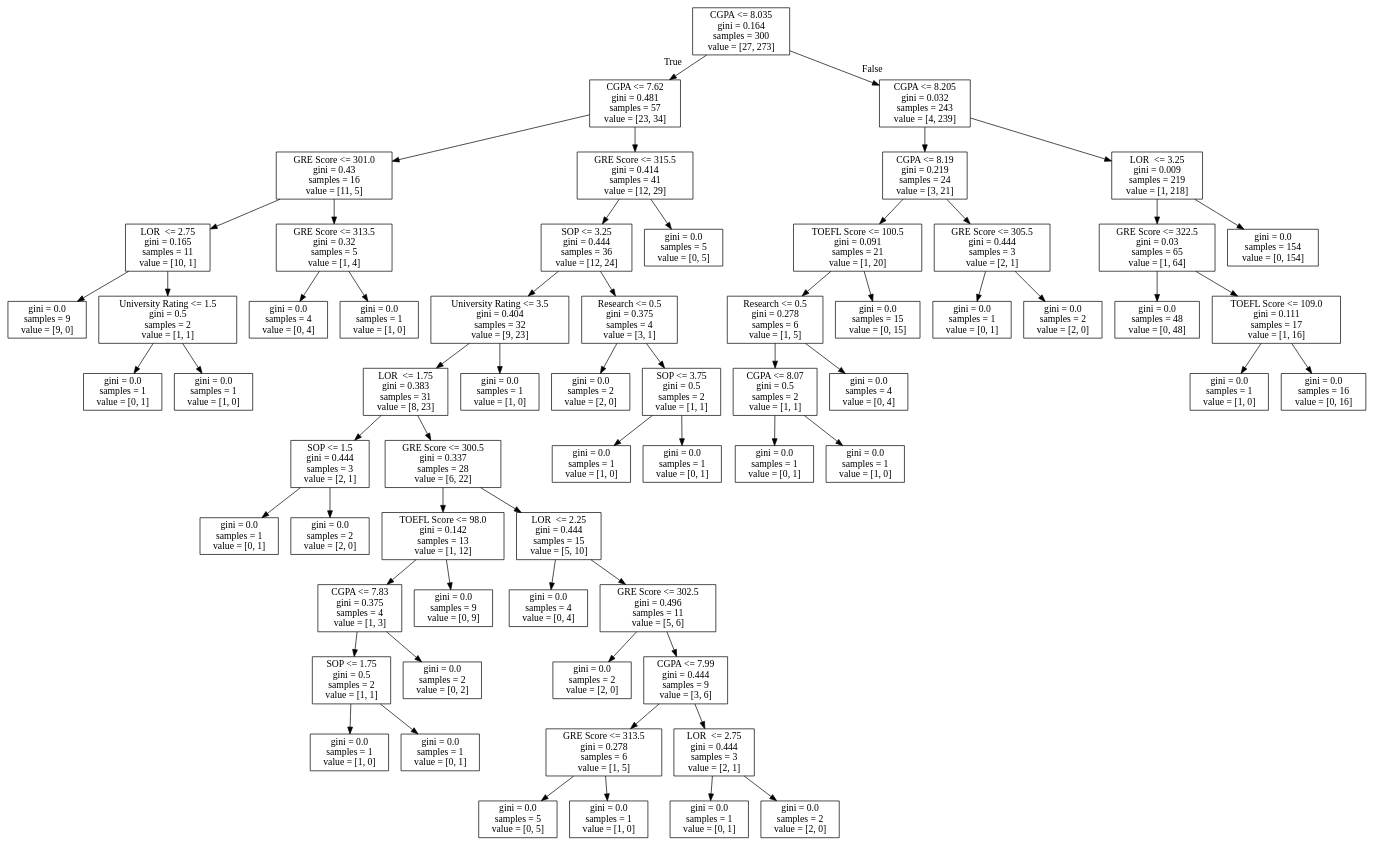
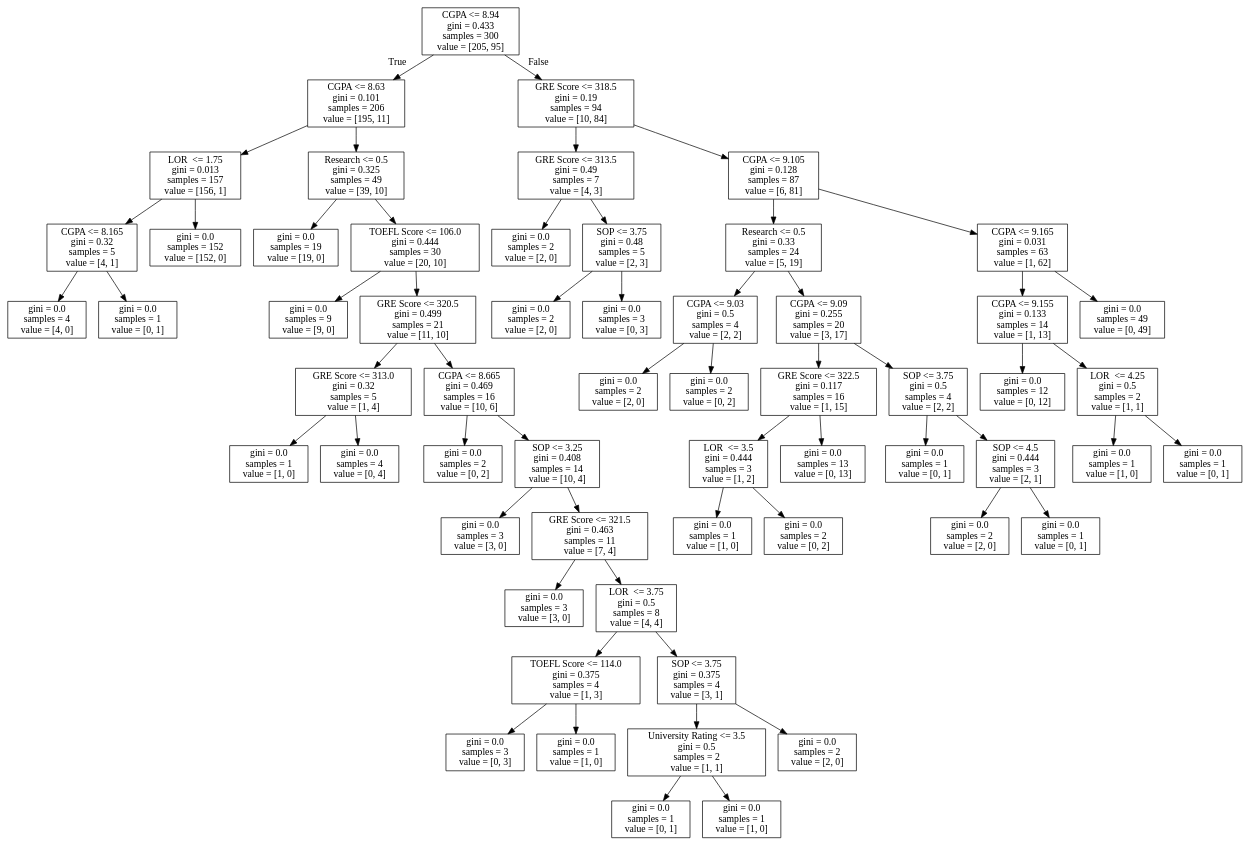
The diagram in tree.dot (OscarXZQ/BaggingTutorial), drawn with Graphviz before and after one commit. The commit also changed 1 other file, not shown here.

```diff
--- a/tree.dot
+++ b/tree.dot
@@ -1,128 +1,120 @@
 digraph Tree {
 node [shape=box] ;
-0 [label="CGPA <= 8.035\ngini = 0.164\nsamples = 300\nvalue = [27, 273]"] ;
-1 [label="CGPA <= 7.62\ngini = 0.481\nsamples = 57\nvalue = [23, 34]"] ;
+0 [label="CGPA <= 8.94\ngini = 0.433\nsamples = 300\nvalue = [205, 95]"] ;
+1 [label="CGPA <= 8.63\ngini = 0.101\nsamples = 206\nvalue = [195, 11]"] ;
 0 -> 1 [labeldistance=2.5, labelangle=45, headlabel="True"] ;
-2 [label="GRE Score <= 301.0\ngini = 0.43\nsamples = 16\nvalue = [11, 5]"] ;
+2 [label="LOR  <= 1.75\ngini = 0.013\nsamples = 157\nvalue = [156, 1]"] ;
 1 -> 2 ;
-3 [label="LOR  <= 2.75\ngini = 0.165\nsamples = 11\nvalue = [10, 1]"] ;
+3 [label="CGPA <= 8.165\ngini = 0.32\nsamples = 5\nvalue = [4, 1]"] ;
 2 -> 3 ;
-4 [label="gini = 0.0\nsamples = 9\nvalue = [9, 0]"] ;
+4 [label="gini = 0.0\nsamples = 4\nvalue = [4, 0]"] ;
 3 -> 4 ;
-5 [label="University Rating <= 1.5\ngini = 0.5\nsamples = 2\nvalue = [1, 1]"] ;
+5 [label="gini = 0.0\nsamples = 1\nvalue = [0, 1]"] ;
 3 -> 5 ;
-6 [label="gini = 0.0\nsamples = 1\nvalue = [0, 1]"] ;
-5 -> 6 ;
-7 [label="gini = 0.0\nsamples = 1\nvalue = [1, 0]"] ;
-5 -> 7 ;
-8 [label="GRE Score <= 313.5\ngini = 0.32\nsamples = 5\nvalue = [1, 4]"] ;
-2 -> 8 ;
-9 [label="gini = 0.0\nsamples = 4\nvalue = [0, 4]"] ;
-8 -> 9 ;
-10 [label="gini = 0.0\nsamples = 1\nvalue = [1, 0]"] ;
-8 -> 10 ;
-11 [label="GRE Score <= 315.5\ngini = 0.414\nsamples = 41\nvalue = [12, 29]"] ;
-1 -> 11 ;
-12 [label="SOP <= 3.25\ngini = 0.444\nsamples = 36\nvalue = [12, 24]"] ;
+6 [label="gini = 0.0\nsamples = 152\nvalue = [152, 0]"] ;
+2 -> 6 ;
+7 [label="Research <= 0.5\ngini = 0.325\nsamples = 49\nvalue = [39, 10]"] ;
+1 -> 7 ;
+8 [label="gini = 0.0\nsamples = 19\nvalue = [19, 0]"] ;
+7 -> 8 ;
+9 [label="TOEFL Score <= 106.0\ngini = 0.444\nsamples = 30\nvalue = [20, 10]"] ;
+7 -> 9 ;
+10 [label="gini = 0.0\nsamples = 9\nvalue = [9, 0]"] ;
+9 -> 10 ;
+11 [label="GRE Score <= 320.5\ngini = 0.499\nsamples = 21\nvalue = [11, 10]"] ;
+9 -> 11 ;
+12 [label="GRE Score <= 313.0\ngini = 0.32\nsamples = 5\nvalue = [1, 4]"] ;
 11 -> 12 ;
-13 [label="University Rating <= 3.5\ngini = 0.404\nsamples = 32\nvalue = [9, 23]"] ;
+13 [label="gini = 0.0\nsamples = 1\nvalue = [1, 0]"] ;
 12 -> 13 ;
-14 [label="LOR  <= 1.75\ngini = 0.383\nsamples = 31\nvalue = [8, 23]"] ;
-13 -> 14 ;
-15 [label="SOP <= 1.5\ngini = 0.444\nsamples = 3\nvalue = [2, 1]"] ;
-14 -> 15 ;
-16 [label="gini = 0.0\nsamples = 1\nvalue = [0, 1]"] ;
+14 [label="gini = 0.0\nsamples = 4\nvalue = [0, 4]"] ;
+12 -> 14 ;
+15 [label="CGPA <= 8.665\ngini = 0.469\nsamples = 16\nvalue = [10, 6]"] ;
+11 -> 15 ;
+16 [label="gini = 0.0\nsamples = 2\nvalue = [0, 2]"] ;
 15 -> 16 ;
-17 [label="gini = 0.0\nsamples = 2\nvalue = [2, 0]"] ;
+17 [label="SOP <= 3.25\ngini = 0.408\nsamples = 14\nvalue = [10, 4]"] ;
 15 -> 17 ;
-18 [label="GRE Score <= 300.5\ngini = 0.337\nsamples = 28\nvalue = [6, 22]"] ;
-14 -> 18 ;
-19 [label="TOEFL Score <= 98.0\ngini = 0.142\nsamples = 13\nvalue = [1, 12]"] ;
-18 -> 19 ;
-20 [label="CGPA <= 7.83\ngini = 0.375\nsamples = 4\nvalue = [1, 3]"] ;
+18 [label="gini = 0.0\nsamples = 3\nvalue = [3, 0]"] ;
+17 -> 18 ;
+19 [label="GRE Score <= 321.5\ngini = 0.463\nsamples = 11\nvalue = [7, 4]"] ;
+17 -> 19 ;
+20 [label="gini = 0.0\nsamples = 3\nvalue = [3, 0]"] ;
 19 -> 20 ;
-21 [label="SOP <= 1.75\ngini = 0.5\nsamples = 2\nvalue = [1, 1]"] ;
-20 -> 21 ;
-22 [label="gini = 0.0\nsamples = 1\nvalue = [1, 0]"] ;
+21 [label="LOR  <= 3.75\ngini = 0.5\nsamples = 8\nvalue = [4, 4]"] ;
+19 -> 21 ;
+22 [label="TOEFL Score <= 114.0\ngini = 0.375\nsamples = 4\nvalue = [1, 3]"] ;
 21 -> 22 ;
-23 [label="gini = 0.0\nsamples = 1\nvalue = [0, 1]"] ;
-21 -> 23 ;
-24 [label="gini = 0.0\nsamples = 2\nvalue = [0, 2]"] ;
-20 -> 24 ;
-25 [label="gini = 0.0\nsamples = 9\nvalue = [0, 9]"] ;
-19 -> 25 ;
-26 [label="LOR  <= 2.25\ngini = 0.444\nsamples = 15\nvalue = [5, 10]"] ;
-18 -> 26 ;
-27 [label="gini = 0.0\nsamples = 4\nvalue = [0, 4]"] ;
+23 [label="gini = 0.0\nsamples = 3\nvalue = [0, 3]"] ;
+22 -> 23 ;
+24 [label="gini = 0.0\nsamples = 1\nvalue = [1, 0]"] ;
+22 -> 24 ;
+25 [label="SOP <= 3.75\ngini = 0.375\nsamples = 4\nvalue = [3, 1]"] ;
+21 -> 25 ;
+26 [label="University Rating <= 3.5\ngini = 0.5\nsamples = 2\nvalue = [1, 1]"] ;
+25 -> 26 ;
+27 [label="gini = 0.0\nsamples = 1\nvalue = [0, 1]"] ;
 26 -> 27 ;
-28 [label="GRE Score <= 302.5\ngini = 0.496\nsamples = 11\nvalue = [5, 6]"] ;
+28 [label="gini = 0.0\nsamples = 1\nvalue = [1, 0]"] ;
 26 -> 28 ;
 29 [label="gini = 0.0\nsamples = 2\nvalue = [2, 0]"] ;
-28 -> 29 ;
-30 [label="CGPA <= 7.99\ngini = 0.444\nsamples = 9\nvalue = [3, 6]"] ;
-28 -> 30 ;
-31 [label="GRE Score <= 313.5\ngini = 0.278\nsamples = 6\nvalue = [1, 5]"] ;
+25 -> 29 ;
+30 [label="GRE Score <= 318.5\ngini = 0.19\nsamples = 94\nvalue = [10, 84]"] ;
+0 -> 30 [labeldistance=2.5, labelangle=-45, headlabel="False"] ;
+31 [label="GRE Score <= 313.5\ngini = 0.49\nsamples = 7\nvalue = [4, 3]"] ;
 30 -> 31 ;
-32 [label="gini = 0.0\nsamples = 5\nvalue = [0, 5]"] ;
+32 [label="gini = 0.0\nsamples = 2\nvalue = [2, 0]"] ;
 31 -> 32 ;
-33 [label="gini = 0.0\nsamples = 1\nvalue = [1, 0]"] ;
+33 [label="SOP <= 3.75\ngini = 0.48\nsamples = 5\nvalue = [2, 3]"] ;
 31 -> 33 ;
-34 [label="LOR  <= 2.75\ngini = 0.444\nsamples = 3\nvalue = [2, 1]"] ;
-30 -> 34 ;
-35 [label="gini = 0.0\nsamples = 1\nvalue = [0, 1]"] ;
-34 -> 35 ;
-36 [label="gini = 0.0\nsamples = 2\nvalue = [2, 0]"] ;
-34 -> 36 ;
-37 [label="gini = 0.0\nsamples = 1\nvalue = [1, 0]"] ;
-13 -> 37 ;
-38 [label="Research <= 0.5\ngini = 0.375\nsamples = 4\nvalue = [3, 1]"] ;
-12 -> 38 ;
+34 [label="gini = 0.0\nsamples = 2\nvalue = [2, 0]"] ;
+33 -> 34 ;
+35 [label="gini = 0.0\nsamples = 3\nvalue = [0, 3]"] ;
+33 -> 35 ;
+36 [label="CGPA <= 9.105\ngini = 0.128\nsamples = 87\nvalue = [6, 81]"] ;
+30 -> 36 ;
+37 [label="Research <= 0.5\ngini = 0.33\nsamples = 24\nvalue = [5, 19]"] ;
+36 -> 37 ;
+38 [label="CGPA <= 9.03\ngini = 0.5\nsamples = 4\nvalue = [2, 2]"] ;
+37 -> 38 ;
 39 [label="gini = 0.0\nsamples = 2\nvalue = [2, 0]"] ;
 38 -> 39 ;
-40 [label="SOP <= 3.75\ngini = 0.5\nsamples = 2\nvalue = [1, 1]"] ;
+40 [label="gini = 0.0\nsamples = 2\nvalue = [0, 2]"] ;
 38 -> 40 ;
-41 [label="gini = 0.0\nsamples = 1\nvalue = [1, 0]"] ;
-40 -> 41 ;
-42 [label="gini = 0.0\nsamples = 1\nvalue = [0, 1]"] ;
-40 -> 42 ;
-43 [label="gini = 0.0\nsamples = 5\nvalue = [0, 5]"] ;
-11 -> 43 ;
-44 [label="CGPA <= 8.205\ngini = 0.032\nsamples = 243\nvalue = [4, 239]"] ;
-0 -> 44 [labeldistance=2.5, labelangle=-45, headlabel="False"] ;
-45 [label="CGPA <= 8.19\ngini = 0.219\nsamples = 24\nvalue = [3, 21]"] ;
-44 -> 45 ;
-46 [label="TOEFL Score <= 100.5\ngini = 0.091\nsamples = 21\nvalue = [1, 20]"] ;
-45 -> 46 ;
-47 [label="Research <= 0.5\ngini = 0.278\nsamples = 6\nvalue = [1, 5]"] ;
-46 -> 47 ;
-48 [label="CGPA <= 8.07\ngini = 0.5\nsamples = 2\nvalue = [1, 1]"] ;
+41 [label="CGPA <= 9.09\ngini = 0.255\nsamples = 20\nvalue = [3, 17]"] ;
+37 -> 41 ;
+42 [label="GRE Score <= 322.5\ngini = 0.117\nsamples = 16\nvalue = [1, 15]"] ;
+41 -> 42 ;
+43 [label="LOR  <= 3.5\ngini = 0.444\nsamples = 3\nvalue = [1, 2]"] ;
+42 -> 43 ;
+44 [label="gini = 0.0\nsamples = 1\nvalue = [1, 0]"] ;
+43 -> 44 ;
+45 [label="gini = 0.0\nsamples = 2\nvalue = [0, 2]"] ;
+43 -> 45 ;
+46 [label="gini = 0.0\nsamples = 13\nvalue = [0, 13]"] ;
+42 -> 46 ;
+47 [label="SOP <= 3.75\ngini = 0.5\nsamples = 4\nvalue = [2, 2]"] ;
+41 -> 47 ;
+48 [label="gini = 0.0\nsamples = 1\nvalue = [0, 1]"] ;
 47 -> 48 ;
-49 [label="gini = 0.0\nsamples = 1\nvalue = [0, 1]"] ;
-48 -> 49 ;
-50 [label="gini = 0.0\nsamples = 1\nvalue = [1, 0]"] ;
-48 -> 50 ;
-51 [label="gini = 0.0\nsamples = 4\nvalue = [0, 4]"] ;
-47 -> 51 ;
-52 [label="gini = 0.0\nsamples = 15\nvalue = [0, 15]"] ;
-46 -> 52 ;
-53 [label="GRE Score <= 305.5\ngini = 0.444\nsamples = 3\nvalue = [2, 1]"] ;
-45 -> 53 ;
-54 [label="gini = 0.0\nsamples = 1\nvalue = [0, 1]"] ;
+49 [label="SOP <= 4.5\ngini = 0.444\nsamples = 3\nvalue = [2, 1]"] ;
+47 -> 49 ;
+50 [label="gini = 0.0\nsamples = 2\nvalue = [2, 0]"] ;
+49 -> 50 ;
+51 [label="gini = 0.0\nsamples = 1\nvalue = [0, 1]"] ;
+49 -> 51 ;
+52 [label="CGPA <= 9.165\ngini = 0.031\nsamples = 63\nvalue = [1, 62]"] ;
+36 -> 52 ;
+53 [label="CGPA <= 9.155\ngini = 0.133\nsamples = 14\nvalue = [1, 13]"] ;
+52 -> 53 ;
+54 [label="gini = 0.0\nsamples = 12\nvalue = [0, 12]"] ;
 53 -> 54 ;
-55 [label="gini = 0.0\nsamples = 2\nvalue = [2, 0]"] ;
+55 [label="LOR  <= 4.25\ngini = 0.5\nsamples = 2\nvalue = [1, 1]"] ;
 53 -> 55 ;
-56 [label="LOR  <= 3.25\ngini = 0.009\nsamples = 219\nvalue = [1, 218]"] ;
-44 -> 56 ;
-57 [label="GRE Score <= 322.5\ngini = 0.03\nsamples = 65\nvalue = [1, 64]"] ;
-56 -> 57 ;
-58 [label="gini = 0.0\nsamples = 48\nvalue = [0, 48]"] ;
-57 -> 58 ;
-59 [label="TOEFL Score <= 109.0\ngini = 0.111\nsamples = 17\nvalue = [1, 16]"] ;
-57 -> 59 ;
-60 [label="gini = 0.0\nsamples = 1\nvalue = [1, 0]"] ;
-59 -> 60 ;
-61 [label="gini = 0.0\nsamples = 16\nvalue = [0, 16]"] ;
-59 -> 61 ;
-62 [label="gini = 0.0\nsamples = 154\nvalue = [0, 154]"] ;
-56 -> 62 ;
+56 [label="gini = 0.0\nsamples = 1\nvalue = [1, 0]"] ;
+55 -> 56 ;
+57 [label="gini = 0.0\nsamples = 1\nvalue = [0, 1]"] ;
+55 -> 57 ;
+58 [label="gini = 0.0\nsamples = 49\nvalue = [0, 49]"] ;
+52 -> 58 ;
 }
```
